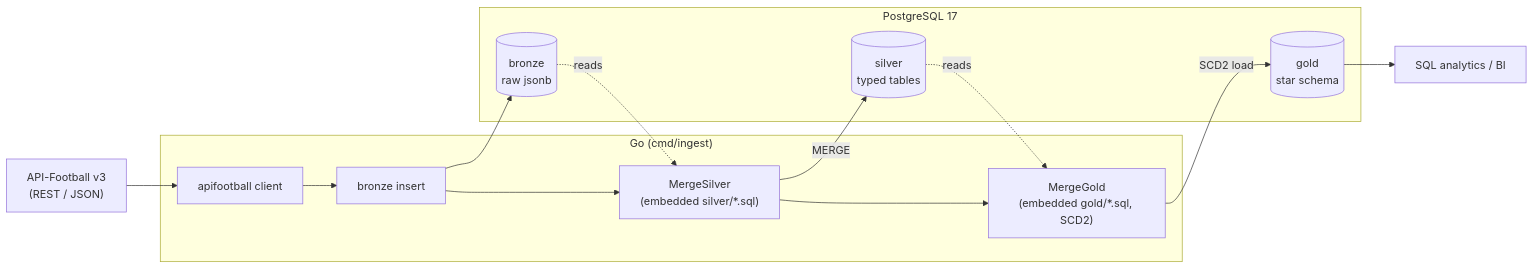
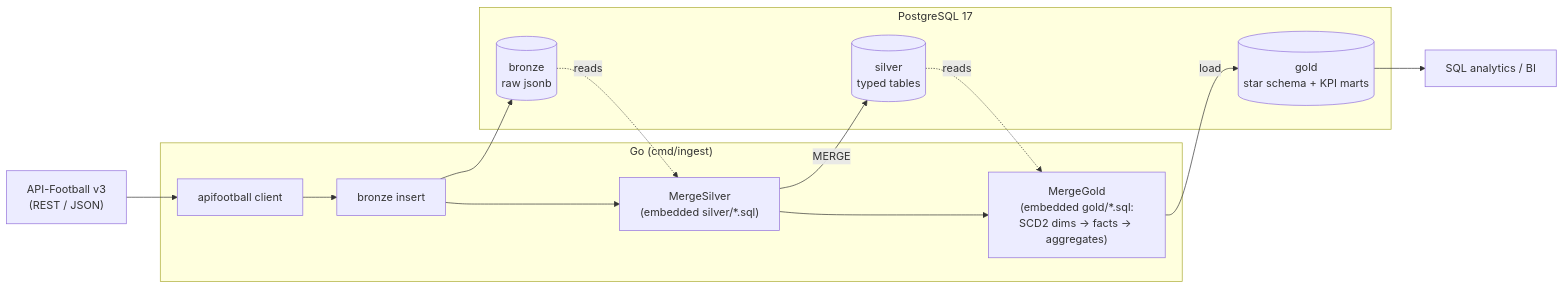
One commit to rodrigoarismendi/offside changed the first of 4 diagrams in README.md. Above: the diagram before and after it, drawn with Mermaid. The commit also changed other lines of this file and 16 other files, not shown here.

First line of the commit message:
feat(migrations): add new tables and update existing schemas

````diff
--- a/README.md
+++ b/README.md
@@ -56,21 +57,21 @@
 ```mermaid
 flowchart LR
     API["API-Football v3<br/>(REST / JSON)"]
     subgraph GO["Go (cmd/ingest)"]
         C["apifootball client"] --> L["bronze insert"]
         L --> M["MergeSilver<br/>(embedded silver/*.sql)"]
-        M --> GG["MergeGold<br/>(embedded gold/*.sql, SCD2)"]
+        M --> GG["MergeGold<br/>(embedded gold/*.sql:<br/>SCD2 dims → facts → aggregates)"]
     end
     subgraph PG["PostgreSQL 17"]
         B[("bronze<br/>raw jsonb")]
         S[("silver<br/>typed tables")]
-        G[("gold<br/>star schema")]
+        G[("gold<br/>star schema + KPI marts")]
     end
     API --> C
     L --> B
     B -. reads .-> M
     M -- "MERGE" --> S
     S -. reads .-> GG
-    GG -- "SCD2 load" --> G
+    GG -- "load" --> G
     G --> BI["SQL analytics / BI"]
 ```
````
